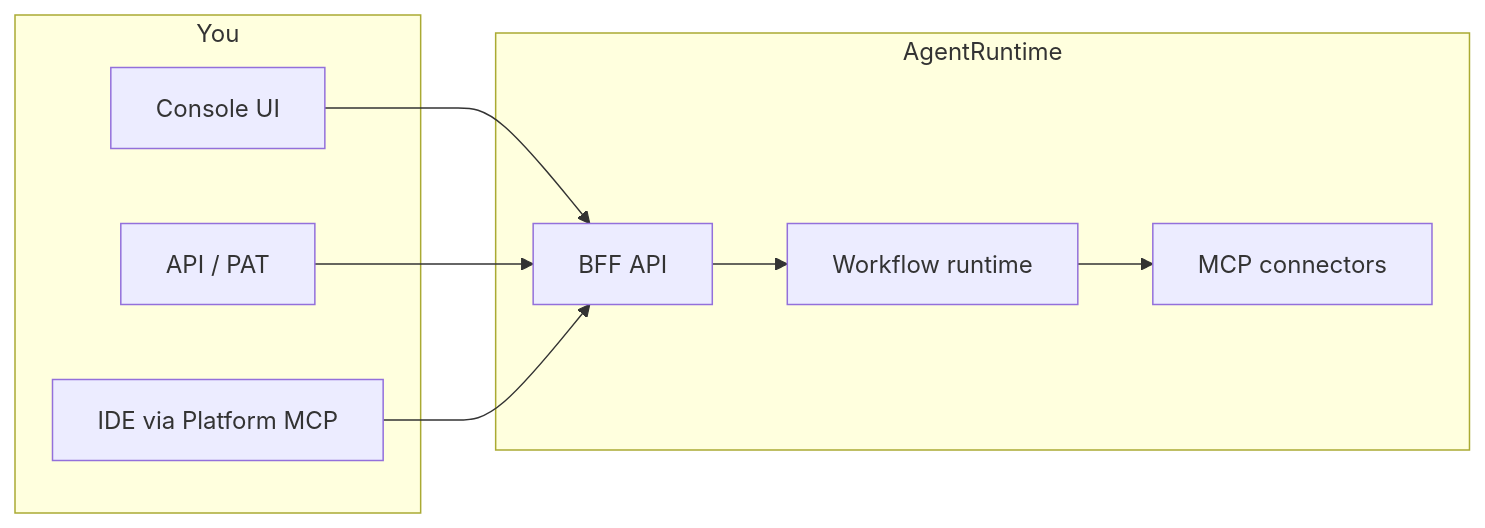
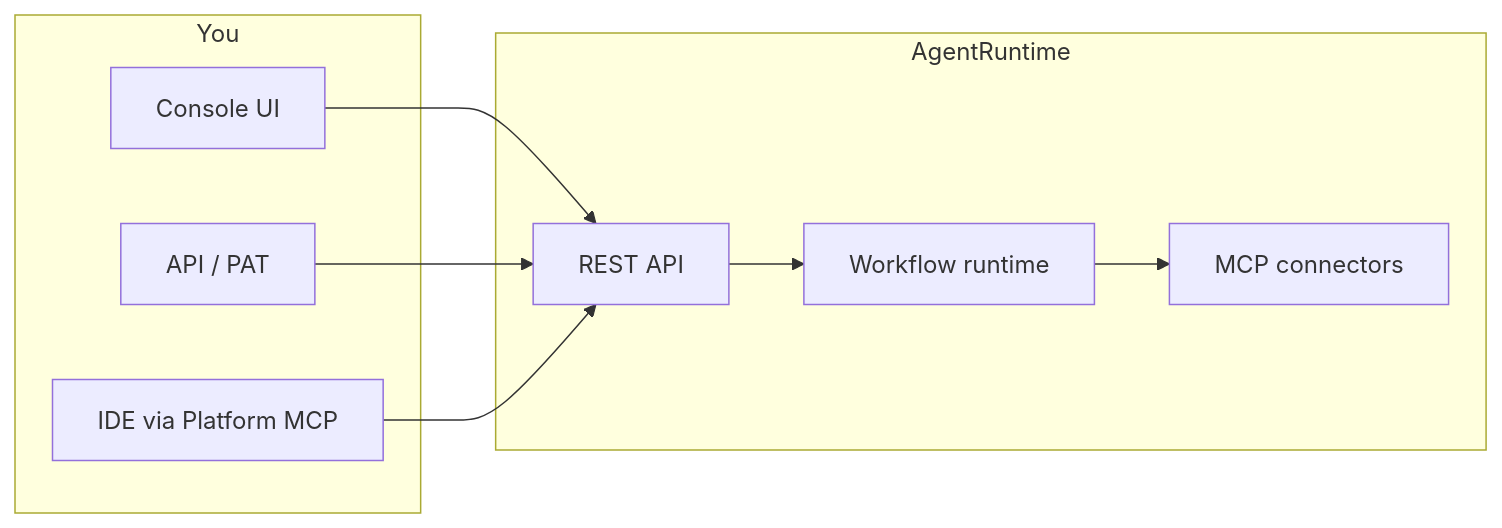
The diagram in introduction/what-is-agentruntime.mdx (agentruntime-io/agentruntime-docs), drawn with Mermaid before and after one commit. The commit also changed other lines of this file and 180 other files, not shown here.

````diff
--- a/introduction/what-is-agentruntime.mdx
+++ b/introduction/what-is-agentruntime.mdx
@@ -32,18 +32,18 @@
 ```mermaid
 flowchart LR
   subgraph you [You]
     Console[Console UI]
     API[API / PAT]
     IDE[IDE via Platform MCP]
   end
   subgraph platform [AgentRuntime]
-    BFF[BFF API]
+    REST[REST API]
     RT[Workflow runtime]
     MCP[MCP connectors]
   end
-  Console --> BFF
-  API --> BFF
-  IDE --> BFF
-  BFF --> RT
+  Console --> REST
+  API --> REST
+  IDE --> REST
+  REST --> RT
   RT --> MCP
 ```
````
